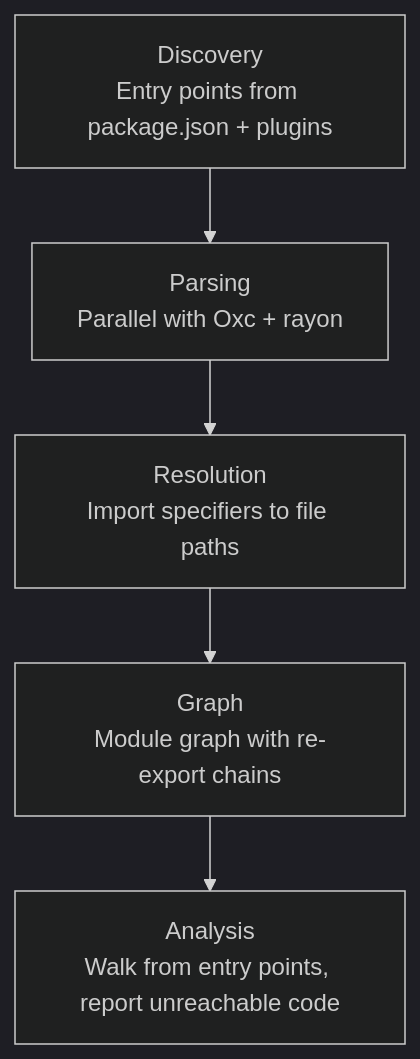
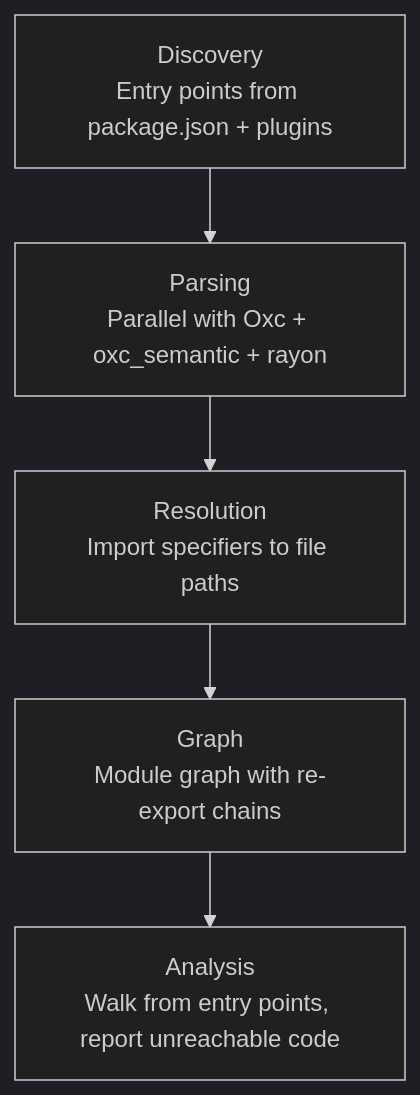
Before and after one commit to fallow-rs/docs: the first of 2 diagrams in analysis/dead-code.mdx, drawn with Mermaid (dark theme). The commit also changed other lines of this file and 2 other files, not shown here.

````diff
--- a/analysis/dead-code.mdx
+++ b/analysis/dead-code.mdx
@@ -247,7 +247,7 @@
 ```mermaid
 flowchart TB
-  A["Discovery<br/>Entry points from package.json + plugins"] --> B["Parsing<br/>Parallel with Oxc + rayon"]
+  A["Discovery<br/>Entry points from package.json + plugins"] --> B["Parsing<br/>Parallel with Oxc + oxc_semantic + rayon"]
   B --> C["Resolution<br/>Import specifiers to file paths"]
   C --> D["Graph<br/>Module graph with re-export chains"]
   D --> E["Analysis<br/>Walk from entry points, report unreachable code"]
 ```
````
